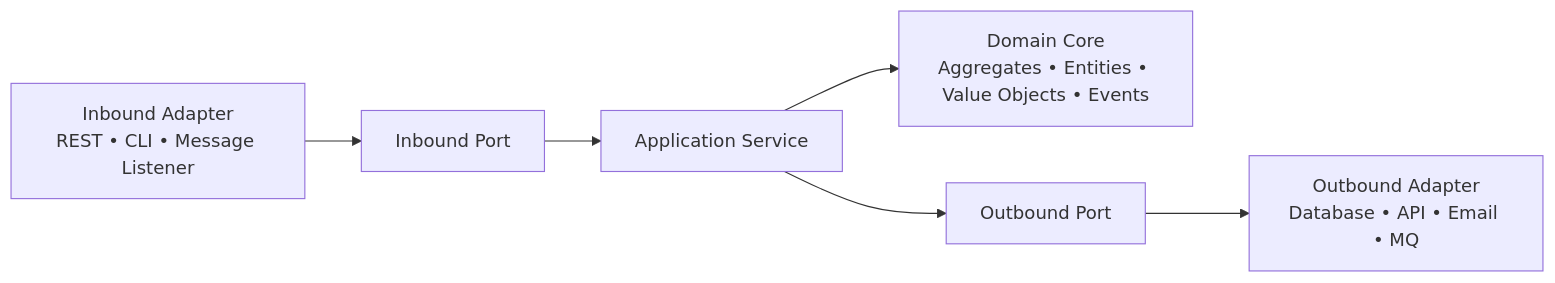
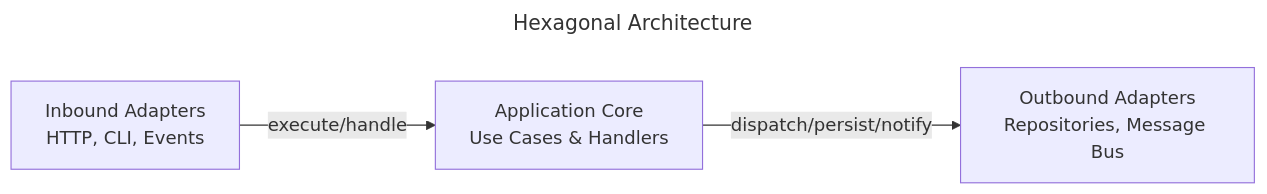
Before and after one commit to forging-blocks-org/forging-blocks: the diagram in docs/architectural-styles/hexagonal-architecture.md, drawn with Mermaid. The commit also changed other lines of this file and 15 other files, not shown here.

````diff
--- a/docs/architectural-styles/hexagonal-architecture.md
+++ b/docs/architectural-styles/hexagonal-architecture.md
@@ -11,8 +21,8 @@
 ```mermaid
-flowchart LR
-    AdapterIn[Inbound Adapter<br/>REST • CLI • Message Listener] --> InPort[Inbound Port]
-    InPort --> ApplicationService[Application Service]
-    ApplicationService --> DomainCore[Domain Core<br/>Aggregates • Entities • Value Objects • Events]
-    ApplicationService --> OutPort[Outbound Port]
-    OutPort --> AdapterOut[Outbound Adapter<br/>Database • API • Email • MQ]
+---
+title: Hexagonal Architecture
+---
+graph LR
+    InboundAdapters[Inbound Adapters<br/>HTTP, CLI, Events] -->|execute/handle| ApplicationCore[Application Core<br/>Use Cases & Handlers]
+    ApplicationCore -->|dispatch/persist/notify| OutboundAdapters[Outbound Adapters<br/>Repositories, Message Bus]
 ```
````
